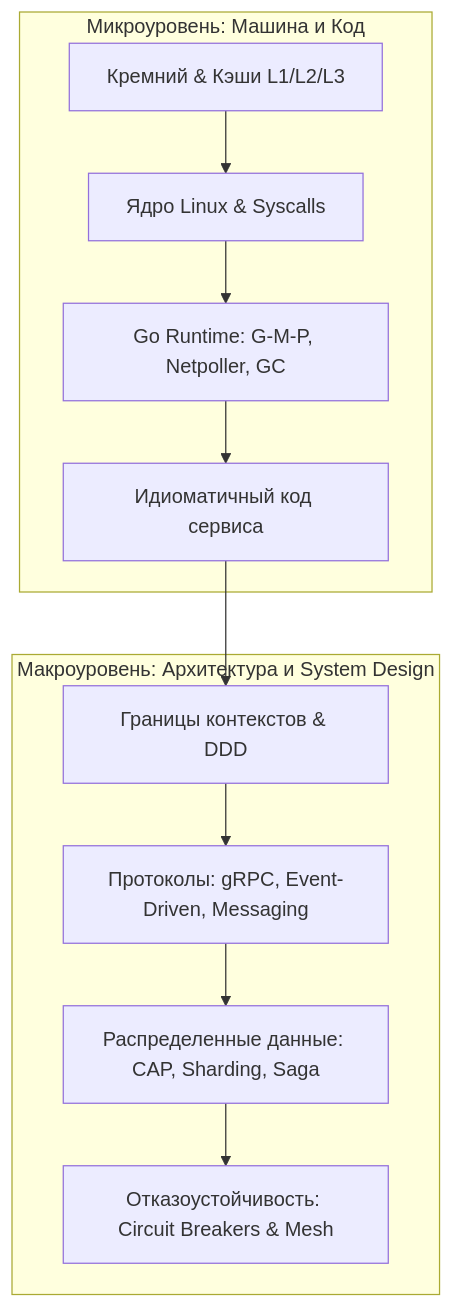
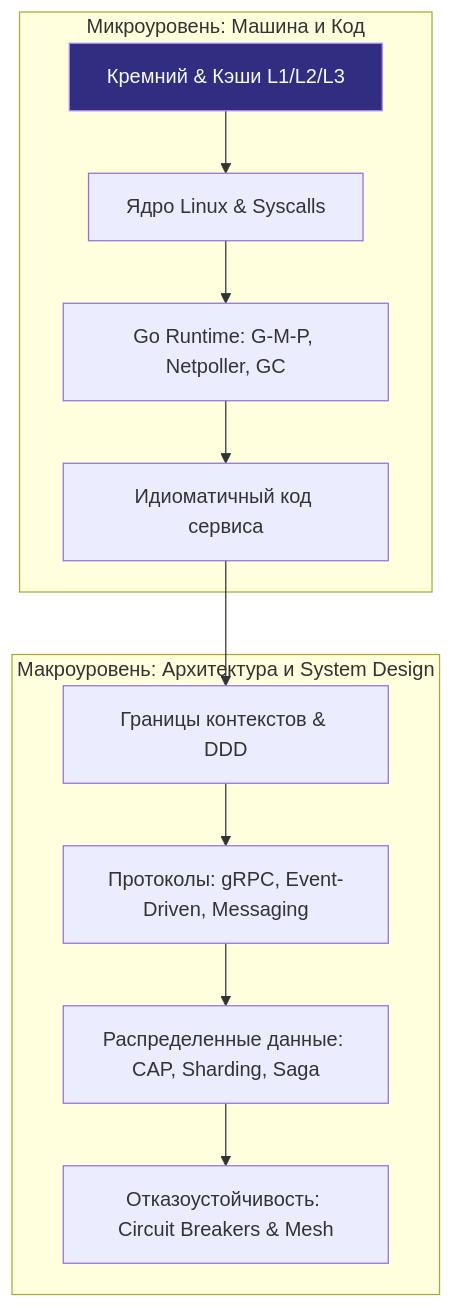
One commit to UnrealTemplier/go-textbook changed the first of 2 diagrams in sources/11. Архитектура и System Design/1. Обзор раздела. От кода к архитектуре систем.md. Above: the diagram before and after it, drawn with Mermaid. The commit also changed other lines of this file and 1666 other files, not shown here.

First line of the commit message:
feat(mermaid): add semantic color classDef to 1369 colorless flowchart/graph diagrams

````diff
--- a/sources/11. Архитектура и System Design/1. Обзор раздела. От кода к архитектуре систем.md
+++ b/sources/11. Архитектура и System Design/1. Обзор раздела. От кода к архитектуре систем.md
@@ -14,15 +14,25 @@
 ```mermaid
 flowchart TD
+    classDef process  fill:#1e293b,stroke:#38bdf8,stroke-width:1px,color:#f8fafc
+    classDef success  fill:#064e3b,stroke:#34d399,stroke-width:1px,color:#f8fafc
+    classDef error    fill:#7f1d1d,stroke:#f87171,stroke-width:1px,color:#f8fafc
+    classDef warning  fill:#78350f,stroke:#fbbf24,stroke-width:1px,color:#f8fafc
+    classDef entry    fill:#1e3a5f,stroke:#38bdf8,stroke-width:2px,color:#f8fafc
+    classDef aux      fill:#334155,stroke:#64748b,stroke-width:1px,color:#f8fafc
+    classDef system   fill:#312e81,stroke:#a78bfa,stroke-width:1px,color:#f8fafc
+    classDef data     fill:#132d29,stroke:#2dd4bf,stroke-width:1px,color:#f8fafc
+    classDef network  fill:#881337,stroke:#fb7185,stroke-width:1px,color:#f8fafc
+    classDef accent   fill:#1e1b4b,stroke:#818cf8,stroke-width:1px,color:#f8fafc
     subgraph ScaleCode["Микроуровень: Машина и Код"]
-        HW["Кремний & Кэши L1/L2/L3"] --> OS["Ядро Linux & Syscalls"]
+        HW["Кремний & Кэши L1/L2/L3"]:::system --> OS["Ядро Linux & Syscalls"]
         OS --> Runtime["Go Runtime: G-M-P, Netpoller, GC"]
         Runtime --> Code["Идиоматичный код сервиса"]
     end
 
     subgraph ScaleArch["Макроуровень: Архитектура и System Design"]
         Code --> Bounds["Границы контекстов & DDD"]
         Bounds --> Proto["Протоколы: gRPC, Event-Driven, Messaging"]
         Proto --> DistData["Распределенные данные: CAP, Sharding, Saga"]
         DistData --> Resilience["Отказоустойчивость: Circuit Breakers & Mesh"]
     end
 ```
````
